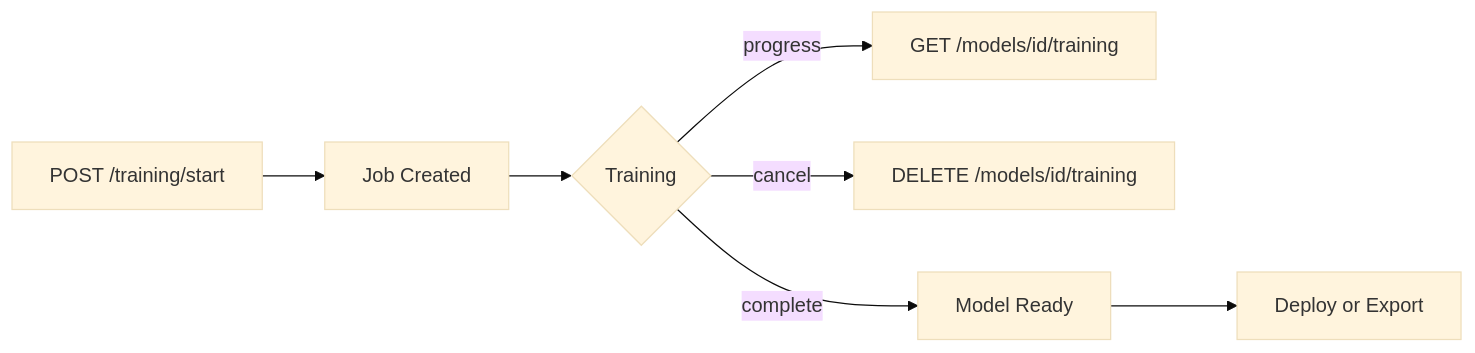
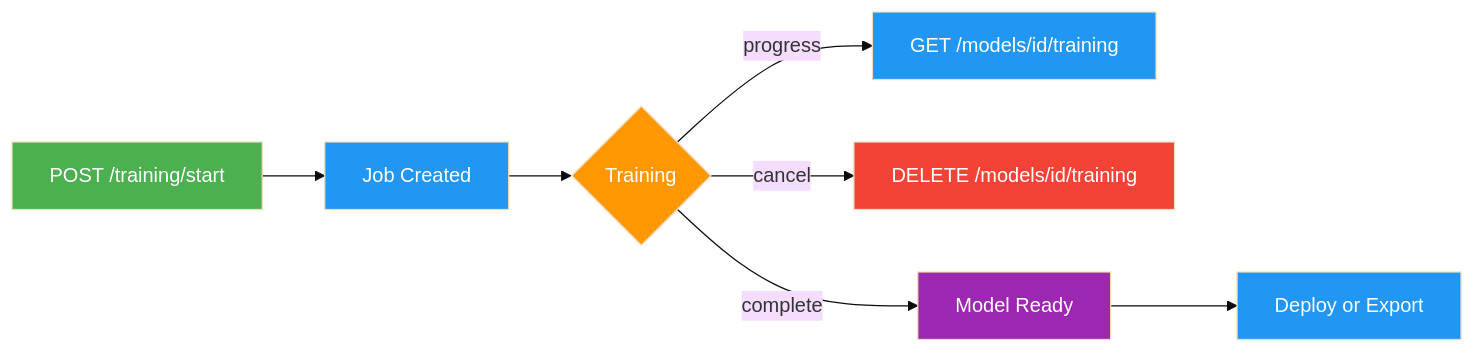
Before and after one commit to medusa717/AI-ULTRALYTICS: the third of 4 diagrams in docs/en/platform/api/index.md, drawn with Mermaid (base theme). The commit also changed other lines of this file and 18 other files, not shown here.

Commit message:
Standardize Mermaid diagram colors across docs (#24932)

````diff
--- a/docs/en/platform/api/index.md
+++ b/docs/en/platform/api/index.md
@@ -957,9 +964,15 @@
 ```mermaid
 graph LR
-    A[POST /training/start] --> B[Job Created]
-    B --> C{Training}
-    C -->|progress| D[GET /models/id/training]
-    C -->|cancel| E[DELETE /models/id/training]
-    C -->|complete| F[Model Ready]
-    F --> G[Deploy or Export]
+    A[POST /training/start]:::start --> B[Job Created]:::proc
+    B --> C{Training}:::decide
+    C -->|progress| D[GET /models/id/training]:::proc
+    C -->|cancel| E[DELETE /models/id/training]:::error
+    C -->|complete| F[Model Ready]:::out
+    F --> G[Deploy or Export]:::proc
+
+    classDef start fill:#4CAF50,color:#fff
+    classDef proc fill:#2196F3,color:#fff
+    classDef decide fill:#FF9800,color:#fff
+    classDef out fill:#9C27B0,color:#fff
+    classDef error fill:#F44336,color:#fff
 ```
````
